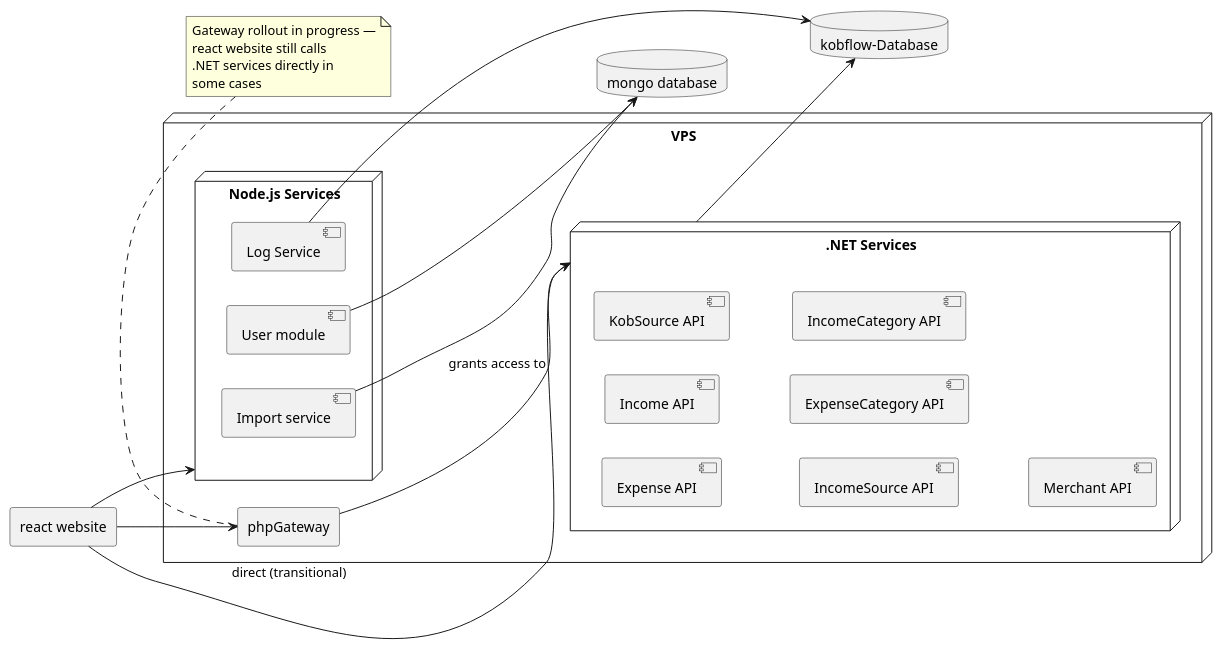
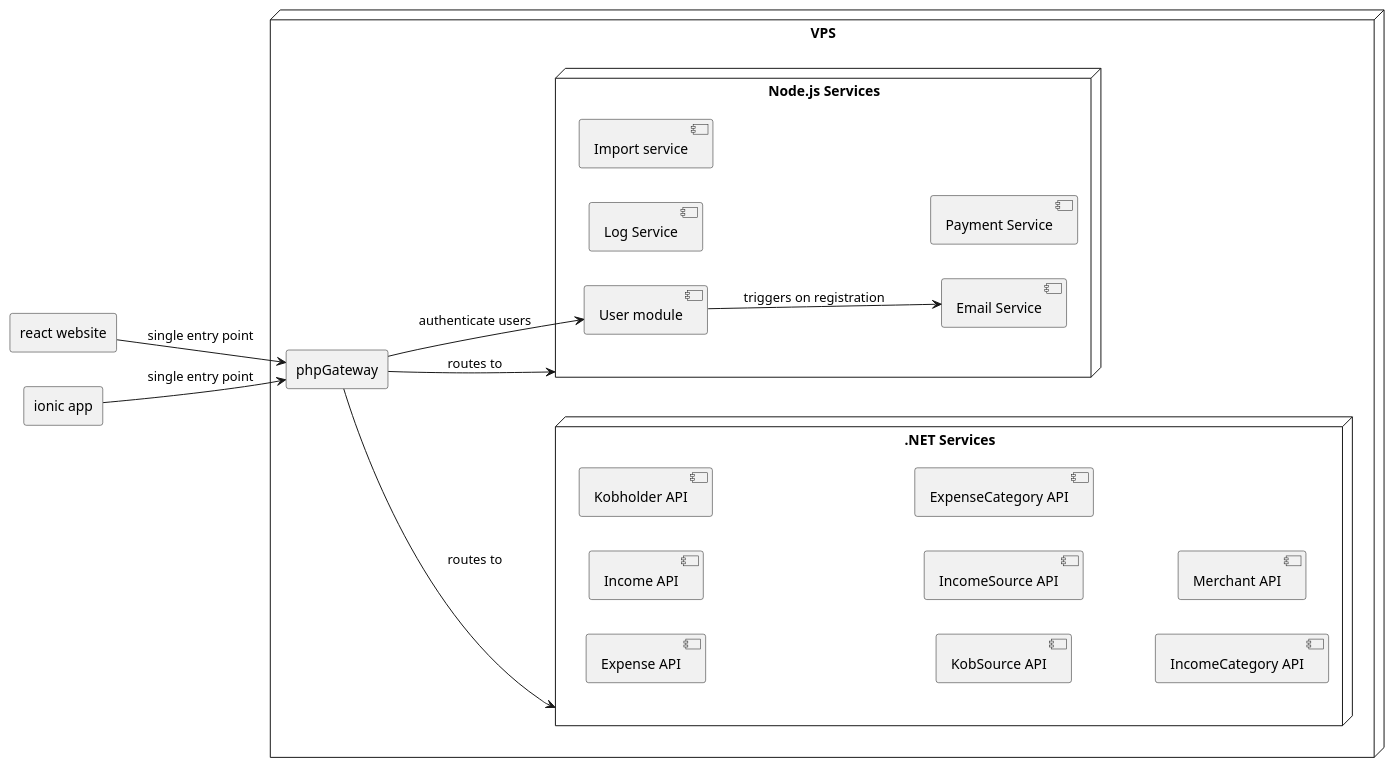
One commit to kuaminika/kobflowWiki changed the diagram in components_current.puml. Above: the diagram before and after it, drawn with PlantUML. The commit also changed 3 other files, not shown here.

First line of the commit message:
Add Ionic mobile client to routing/auth goal-state docs

```diff
--- a/components_current.puml
+++ b/components_current.puml
@@ -1,43 +1,37 @@
 @startuml
 left to right direction
 
+rectangle "react website" as webClient
+rectangle "ionic app" as mobileClient
+
 node "VPS" {
+  rectangle phpGateway
   node ".NET Services" as dotNetServices {
     [Expense API] as ExpenseAPI
     [Income API] as IncomeAPI
+    [Kobholder API] as KobholderAPI
     [KobSource API] as KobSourceAPI
     [IncomeSource API] as IncomeSourceAPI
     [ExpenseCategory API] as ExpenseCategoryAPI
     [IncomeCategory API] as IncomeCategoryAPI
     [Merchant API] as MerchantAPI
   }
-  rectangle phpGateway
   node "Node.js Services" as nodeServices {
     [Log Service] as logService
     [User module] as userModule
     [Import service] as importService
+    [Email Service] as emailService
+    [Payment Service] as paymentService
   }
 }
 
-database "mongo database" as mongoDB
-database "kobflow-Database" as kobflowDB
-rectangle "react website" as webClient
+webClient --> phpGateway : single entry point
+mobileClient --> phpGateway : single entry point
 
-phpGateway --> dotNetServices : grants access to
-webClient --> dotNetServices : direct (transitional)
-webClient --> phpGateway
-webClient --> nodeServices
+phpGateway --> dotNetServices : routes to
+phpGateway --> nodeServices : routes to
+phpGateway --> userModule : authenticate users
 
-dotNetServices --> kobflowDB
-logService --> kobflowDB
-userModule --> mongoDB
-importService --> mongoDB
-
-note bottom of phpGateway
-  Gateway rollout in progress —
-  react website still calls
-  .NET services directly in
-  some cases
-end note
+userModule --> emailService : triggers on registration
 
 @enduml
```
